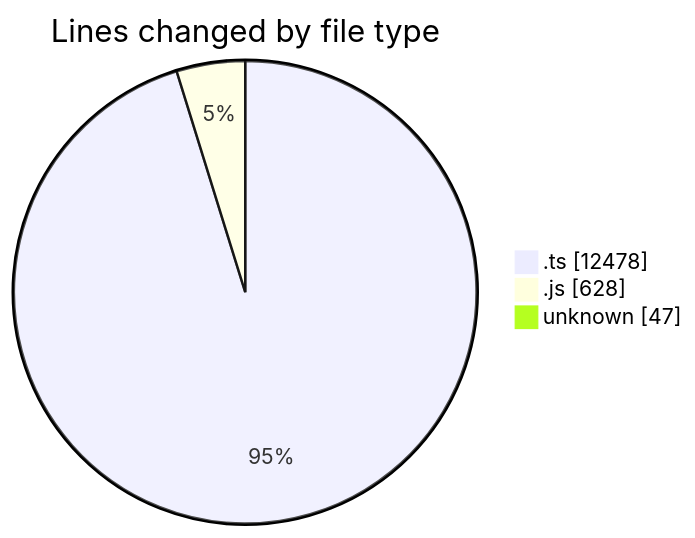
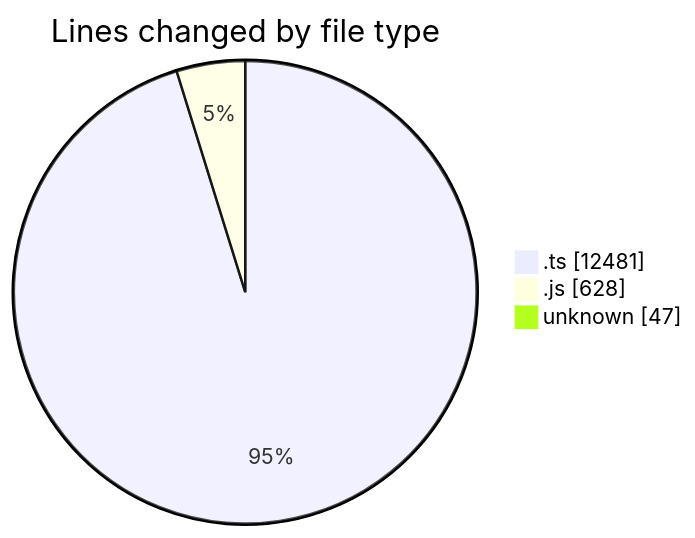
The first of 2 diagrams in 2025-09-05/cda/README.md (momahboobian/code-tracking), drawn with Mermaid before and after one commit. The commit also changed other lines of this file and 1 other file, not shown here.

````diff
--- a/2025-09-05/cda/README.md
+++ b/2025-09-05/cda/README.md
@@ -25,7 +25,7 @@
 ```mermaid
 pie showData
 title Lines changed by file type
-".ts" : 12478
+".ts" : 12481
 ".js" : 628
 "unknown" : 47
 ```
````
